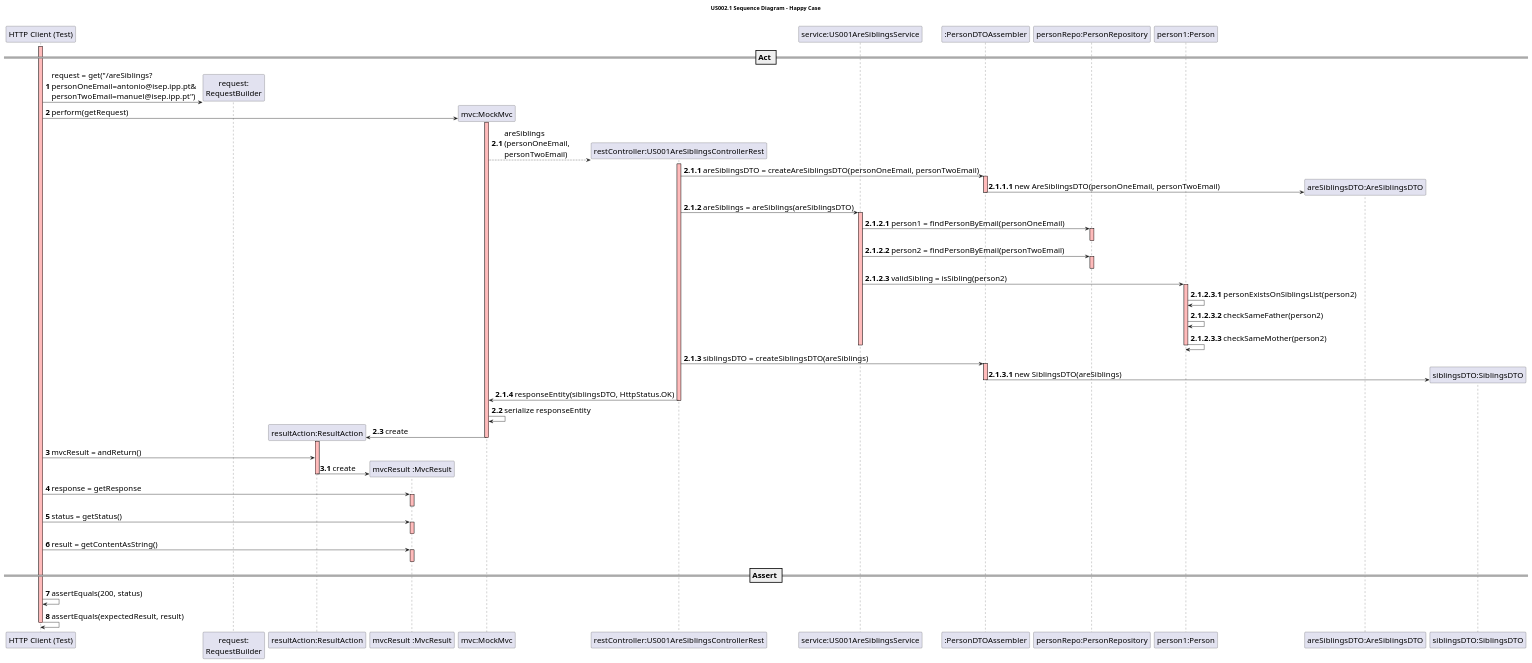
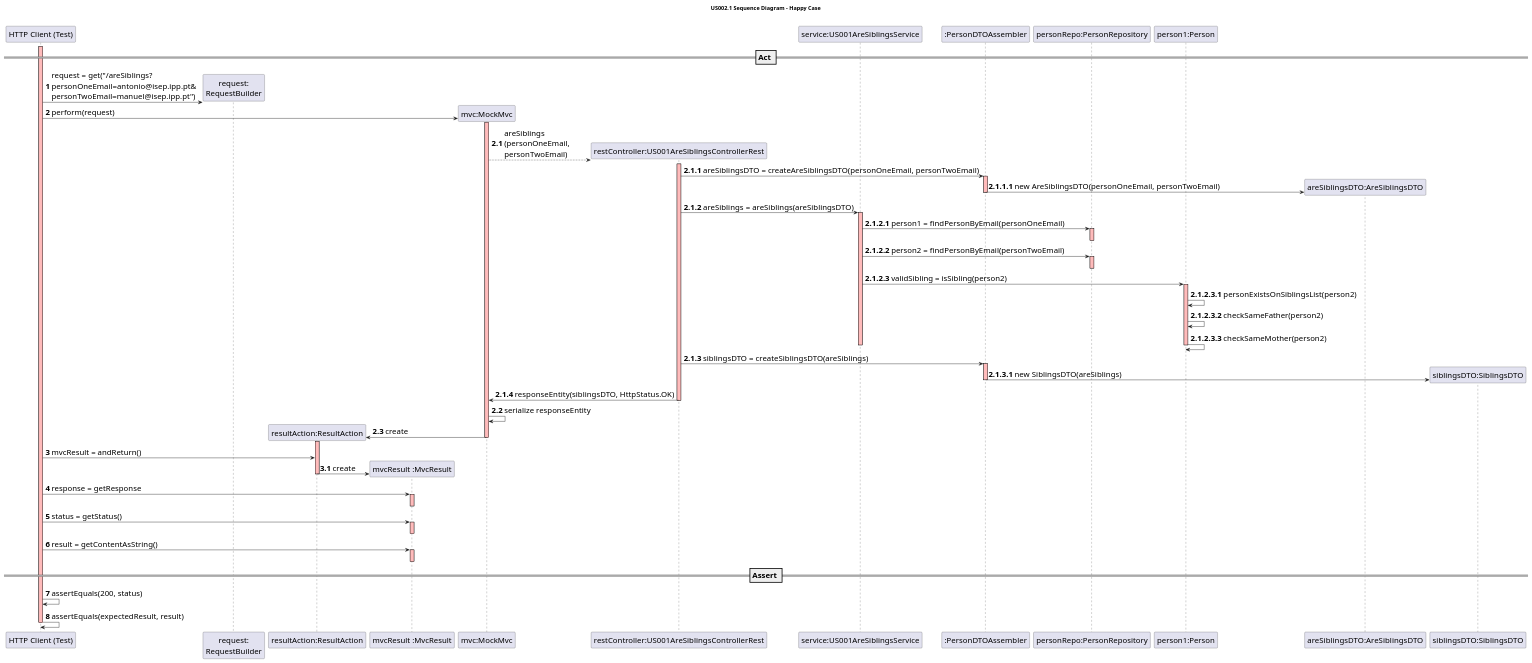
The diagram in src/main/java/switch2019/project/controllerLayer/rest/US001AreSiblingsControllerRestSD.puml (mleitaoribeiro/DevOpsMaven), drawn with PlantUML before and after one commit. The commit also changed 1 other file, not shown here.

Commit message:
ref#854 Sprint 5 - US003 - Sequence Diagram for restController

```diff
--- a/src/main/java/switch2019/project/controllerLayer/rest/US001AreSiblingsControllerRestSD.puml
+++ b/src/main/java/switch2019/project/controllerLayer/rest/US001AreSiblingsControllerRestSD.puml
@@ -1,117 +1,117 @@
 @startuml
 
 skinparam DefaultFontSize 20
 
 title US002.1 Sequence Diagram - Happy Case
 
 participant "HTTP Client (Test)"
 participant "request:\nRequestBuilder"
 participant "resultAction:ResultAction"
 participant "mvcResult :MvcResult"
 participant "mvc:MockMvc"
 participant "restController:US001AreSiblingsControllerRest"
 participant "service:US001AreSiblingsService"
 participant ":PersonDTOAssembler"
 participant "personRepo:PersonRepository"
 participant "person1:Person"
 
 autonumber
 activate "HTTP Client (Test)" #FFBBBB
 
 == Act ==
 
 create "request:\nRequestBuilder"
 "HTTP Client (Test)" -> "request:\nRequestBuilder" : request = get("/areSiblings?\npersonOneEmail=antonio@isep.ipp.pt&\npersonTwoEmail=manuel@isep.ipp.pt")
 
 create "mvc:MockMvc"
-"HTTP Client (Test)" -> "mvc:MockMvc" : perform(getRequest)
+"HTTP Client (Test)" -> "mvc:MockMvc" : perform(request)
 activate "mvc:MockMvc"  #FFBBBB
 
 autonumber 2.1
 create "restController:US001AreSiblingsControllerRest"
 "mvc:MockMvc"-->"restController:US001AreSiblingsControllerRest" :areSiblings\n(personOneEmail, \npersonTwoEmail)
 
 autonumber 2.1.1
 activate "restController:US001AreSiblingsControllerRest" #FFBBBB
 "restController:US001AreSiblingsControllerRest" -> ":PersonDTOAssembler": areSiblingsDTO = createAreSiblingsDTO(personOneEmail, personTwoEmail)
 
 autonumber 2.1.1.1
 create "areSiblingsDTO:AreSiblingsDTO"
 activate ":PersonDTOAssembler" #FFBBBB
 ":PersonDTOAssembler" -> "areSiblingsDTO:AreSiblingsDTO":  new AreSiblingsDTO(personOneEmail, personTwoEmail)
 deactivate ":PersonDTOAssembler"
 
 autonumber 2.1.2
 "restController:US001AreSiblingsControllerRest" -> "service:US001AreSiblingsService": areSiblings = areSiblings(areSiblingsDTO)
 activate "service:US001AreSiblingsService" #FFBBBB
 
 autonumber 2.1.2.1
 "service:US001AreSiblingsService" -> "personRepo:PersonRepository" : person1 = findPersonByEmail(personOneEmail)
 activate "personRepo:PersonRepository" #FFBBBB
 deactivate "personRepo:PersonRepository"
 
 "service:US001AreSiblingsService" -> "personRepo:PersonRepository" : person2 = findPersonByEmail(personTwoEmail)
 activate "personRepo:PersonRepository" #FFBBBB
 deactivate "personRepo:PersonRepository"
 
 "service:US001AreSiblingsService" -> "person1:Person" : validSibling = isSibling(person2)
 activate "person1:Person" #FFBBBB
 
 autonumber 2.1.2.3.1
 "person1:Person" -> "person1:Person" :  personExistsOnSiblingsList(person2)
 "person1:Person" -> "person1:Person" :  checkSameFather(person2)
 "person1:Person" -> "person1:Person" :  checkSameMother(person2)
 
 deactivate "person1:Person"
 deactivate "service:US001AreSiblingsService"
 
 autonumber 2.1.3
 "restController:US001AreSiblingsControllerRest" -> ":PersonDTOAssembler": siblingsDTO = createSiblingsDTO(areSiblings)
 activate ":PersonDTOAssembler" #FFBBBB
 create "siblingsDTO:SiblingsDTO"
 
 autonumber 2.1.3.1
 ":PersonDTOAssembler" -> "siblingsDTO:SiblingsDTO": new SiblingsDTO(areSiblings)
 deactivate ":PersonDTOAssembler"
 
 autonumber 2.1.4
 "restController:US001AreSiblingsControllerRest" -> "mvc:MockMvc": responseEntity(siblingsDTO, HttpStatus.OK)
 deactivate "restController:US001AreSiblingsControllerRest"
 
 autonumber 2.2
 "mvc:MockMvc" -> "mvc:MockMvc": serialize responseEntity
 
 autonumber 2.3
 create "resultAction:ResultAction"
 "mvc:MockMvc" -> "resultAction:ResultAction" : create
 activate "resultAction:ResultAction" #FFBBBB
 deactivate "mvc:MockMvc"
 
 autonumber 3
 
 "HTTP Client (Test)" -> "resultAction:ResultAction" : mvcResult = andReturn()
 
 create "mvcResult :MvcResult"
 autonumber 3.1
 "resultAction:ResultAction" -> "mvcResult :MvcResult" : create
 deactivate "resultAction:ResultAction"
 
 autonumber 4
 "HTTP Client (Test)" -> "mvcResult :MvcResult" : response = getResponse
 activate "mvcResult :MvcResult" #FFBBBB
 deactivate "mvcResult :MvcResult"
 
 "HTTP Client (Test)" -> "mvcResult :MvcResult" : status = getStatus()
 activate "mvcResult :MvcResult" #FFBBBB
 deactivate "mvcResult :MvcResult"
 
 "HTTP Client (Test)" -> "mvcResult :MvcResult" : result = getContentAsString()
 activate "mvcResult :MvcResult" #FFBBBB
 deactivate "mvcResult :MvcResult"
 
 == Assert ==
 "HTTP Client (Test)" -> "HTTP Client (Test)" : assertEquals(200, status)
 "HTTP Client (Test)" -> "HTTP Client (Test)" : assertEquals(expectedResult, result)
 deactivate "HTTP Client (Test)"
 
 @enduml
```
